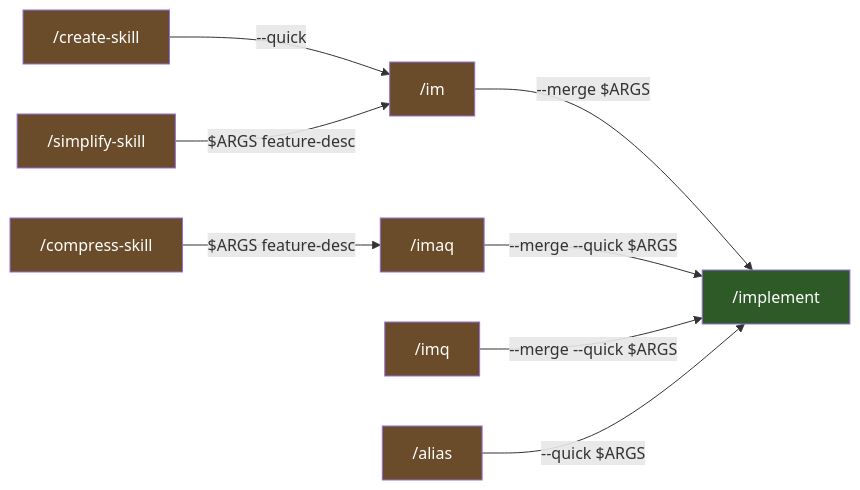
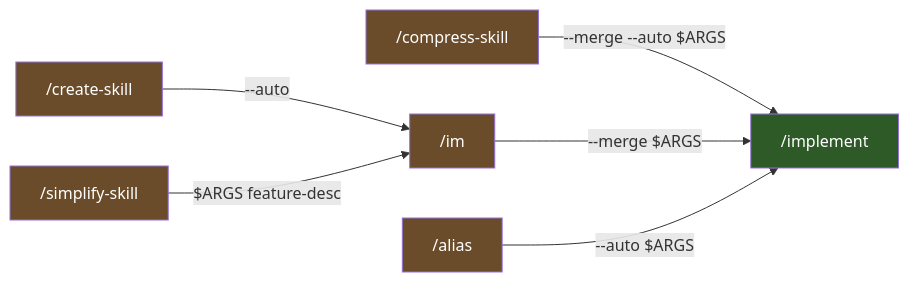
One commit to character-ai/larch changed the second of 3 diagrams in docs/workflow-lifecycle.md. Above: the diagram before and after it, drawn with Mermaid. The commit also changed other lines of this file and 35 other files, not shown here.

First line of the commit message:
Unify /implement review flow; drop quick and no-merge paths

````diff
--- a/docs/workflow-lifecycle.md
+++ b/docs/workflow-lifecycle.md
@@ -42,19 +42,15 @@
 ```mermaid
 graph LR
-    CREATE["/create-skill"] -->|--quick| IM
+    CREATE["/create-skill"] -->|--auto| IM
     SIMPLIFY["/simplify-skill"] -->|"$ARGS feature-desc"| IM
-    COMPRESS["/compress-skill"] -->|"$ARGS feature-desc"| IMAQ
-    IM["/im"] -->|--merge $ARGS| IMPLEMENT["/implement"]
-    IMAQ["/imaq"] -->|--merge --quick $ARGS| IMPLEMENT
-    IMQ["/imq"] -->|--merge --quick $ARGS| IMPLEMENT
-    ALIAS["/alias"] -->|--quick $ARGS| IMPLEMENT
+    COMPRESS["/compress-skill"] -->|--merge --auto $ARGS| IMPLEMENT["/implement"]
+    IM["/im"] -->|--merge $ARGS| IMPLEMENT
+    ALIAS["/alias"] -->|--auto $ARGS| IMPLEMENT
 
     style CREATE fill:#6b4c2a,color:#fff
     style SIMPLIFY fill:#6b4c2a,color:#fff
     style COMPRESS fill:#6b4c2a,color:#fff
     style IM fill:#6b4c2a,color:#fff
-    style IMAQ fill:#6b4c2a,color:#fff
-    style IMQ fill:#6b4c2a,color:#fff
     style ALIAS fill:#6b4c2a,color:#fff
     style IMPLEMENT fill:#2d5a27,color:#fff
 ```
````
